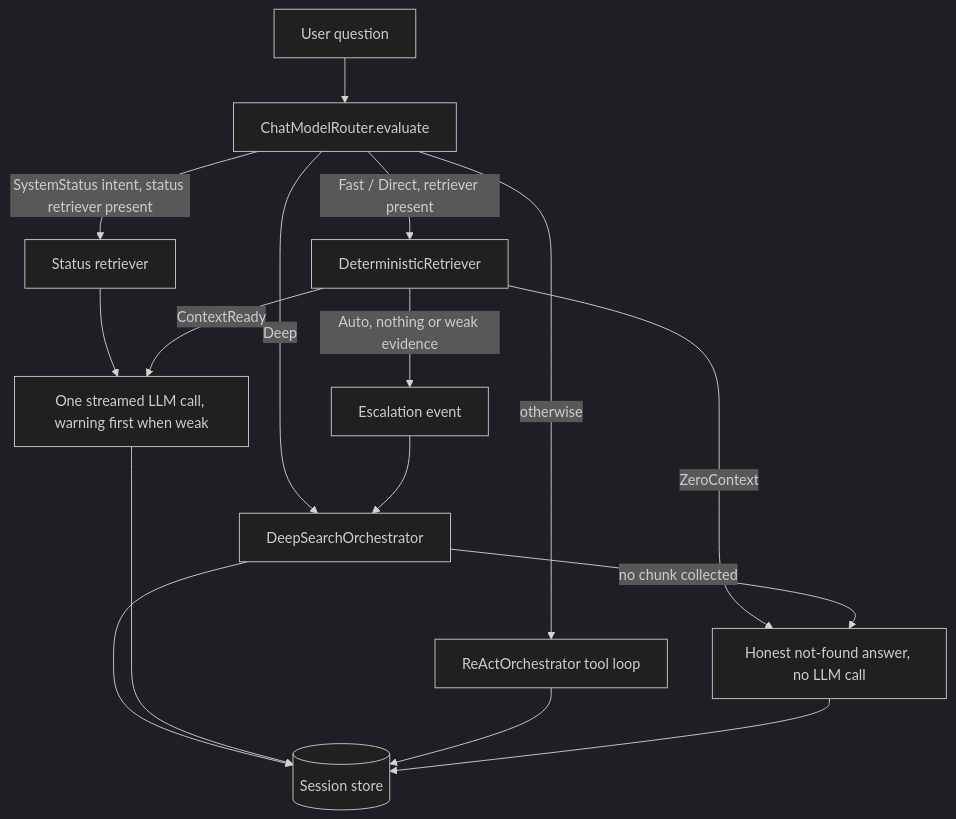
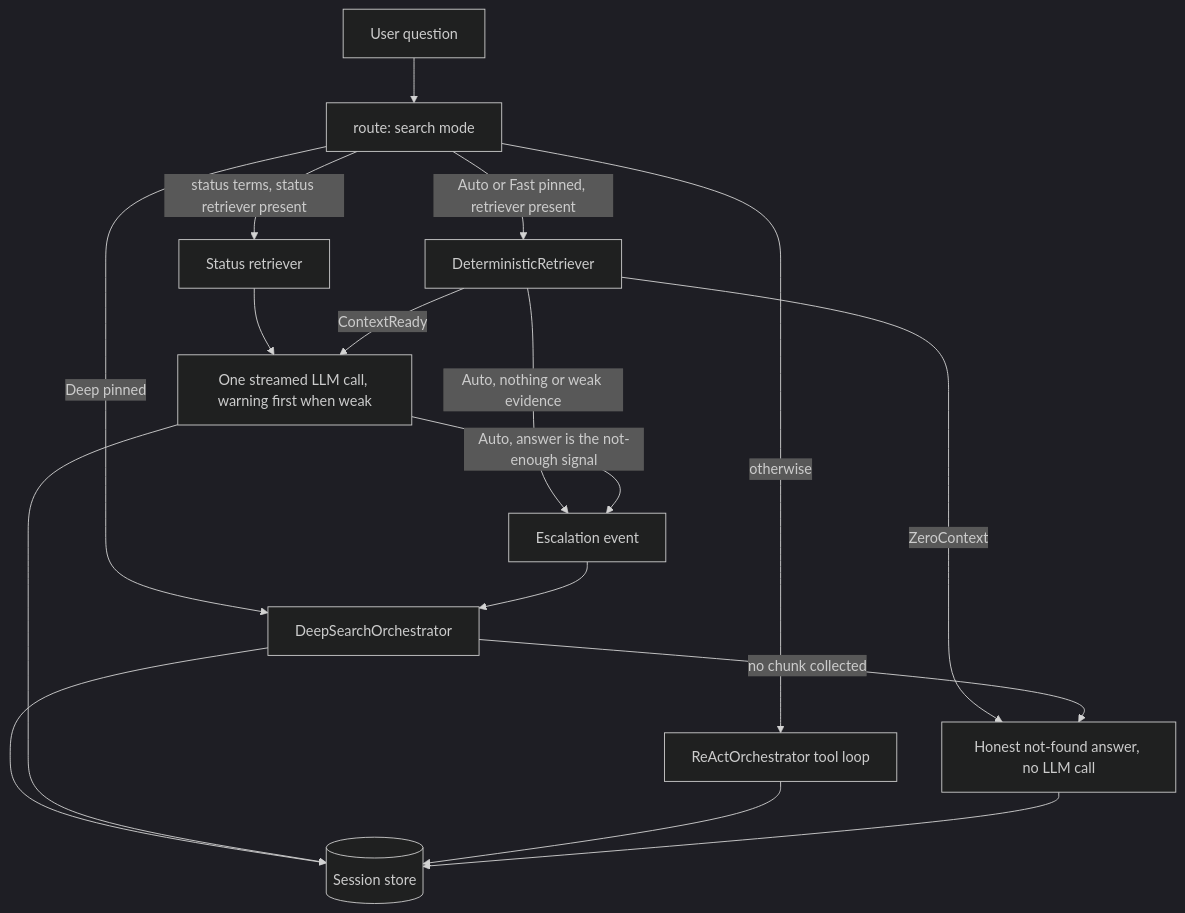
The diagram in docs/architecture/agent.md (Levix-Digital/any-context), drawn with Mermaid (dark theme) before and after one commit. The commit also changed other lines of this file and 13 other files, not shown here.

````diff
--- a/docs/architecture/agent.md
+++ b/docs/architecture/agent.md
@@ -36,14 +37,15 @@
 ```mermaid
 flowchart TD
-    Q[User question] --> R[ChatModelRouter.evaluate]
-    R -->|SystemStatus intent, status retriever present| SR[Status retriever]
+    Q[User question] --> R[route: search mode]
+    R -->|status terms, status retriever present| SR[Status retriever]
     SR --> ONE
-    R -->|Deep| DS[DeepSearchOrchestrator]
-    R -->|Fast / Direct, retriever present| DR[DeterministicRetriever]
+    R -->|Deep pinned| DS[DeepSearchOrchestrator]
+    R -->|Auto or Fast pinned, retriever present| DR[DeterministicRetriever]
     DR -->|Auto, nothing or weak evidence| E[Escalation event] --> DS
     DR -->|ZeroContext| Z[Honest not-found answer, no LLM call]
     DR -->|ContextReady| ONE[One streamed LLM call, warning first when weak]
+    ONE -->|Auto, answer is the not-enough signal| E
     DS -->|no chunk collected| Z
     R -->|otherwise| RE[ReActOrchestrator tool loop]
     DS & ONE & RE & Z --> S[(Session store)]
 ```
````
